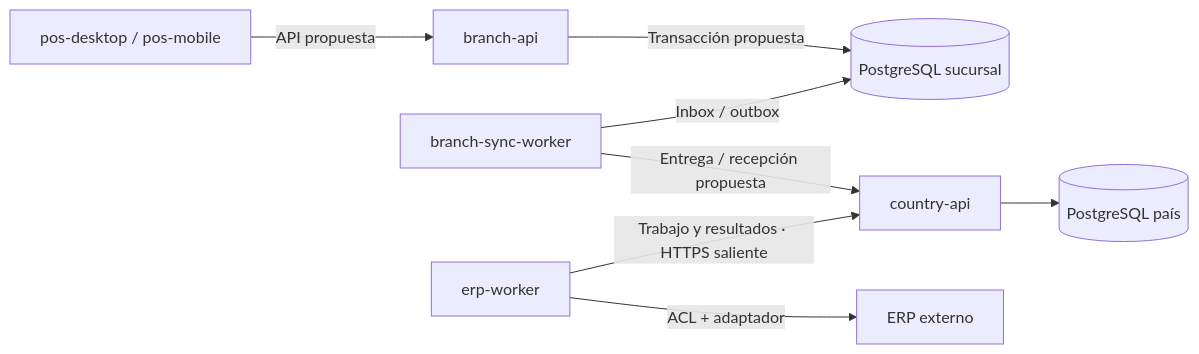
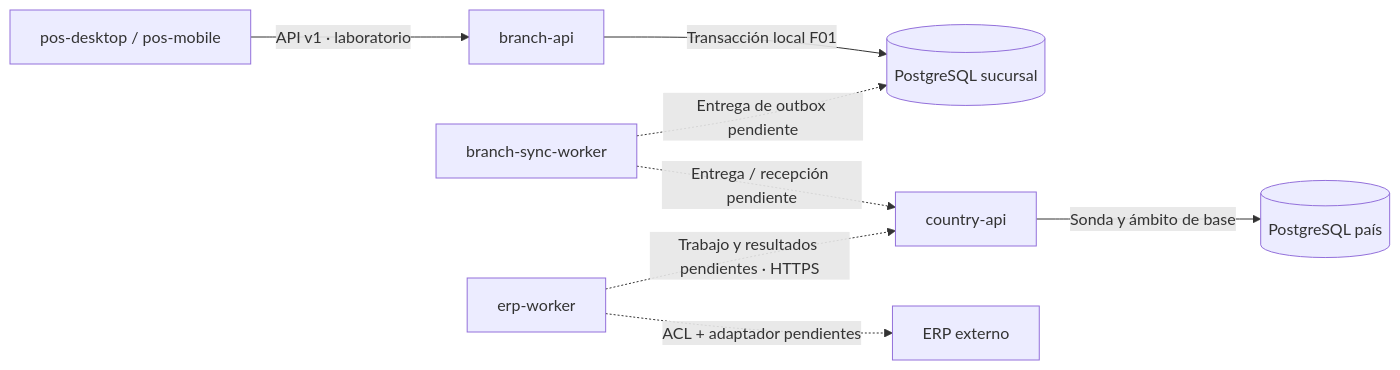
The diagram in docs/monorepo.md (developer-implementos/pos-docs), drawn with Mermaid before and after one commit. The commit also changed other lines of this file and 13 other files, not shown here.

First line of the commit message:
docs: describe F01 laboratory operation and PostgreSQL transactions

````diff
--- a/docs/monorepo.md
+++ b/docs/monorepo.md
@@ -201,10 +203,10 @@
 ```mermaid
 flowchart LR
-    Client["pos-desktop / pos-mobile"] -->|"API propuesta"| Branch["branch-api"]
-    Branch -->|"Transacción propuesta"| Local[("PostgreSQL sucursal")]
-    Sync["branch-sync-worker"] -->|"Entrega / recepción propuesta"| Country["country-api"]
-    Sync -->|"Inbox / outbox"| Local
-    Country --> Central[("PostgreSQL país")]
-    ERP["erp-worker"] -->|"Trabajo y resultados · HTTPS saliente"| Country
-    ERP -->|"ACL + adaptador"| External["ERP externo"]
+    Client["pos-desktop / pos-mobile"] -->|"API v1 · laboratorio"| Branch["branch-api"]
+    Branch -->|"Transacción local F01"| Local[("PostgreSQL sucursal")]
+    Sync["branch-sync-worker"] -.->|"Entrega / recepción pendiente"| Country["country-api"]
+    Sync -.->|"Entrega de outbox pendiente"| Local
+    Country -->|"Sonda y ámbito de base"| Central[("PostgreSQL país")]
+    ERP["erp-worker"] -.->|"Trabajo y resultados pendientes · HTTPS"| Country
+    ERP -.->|"ACL + adaptador pendientes"| External["ERP externo"]
 ```
````
